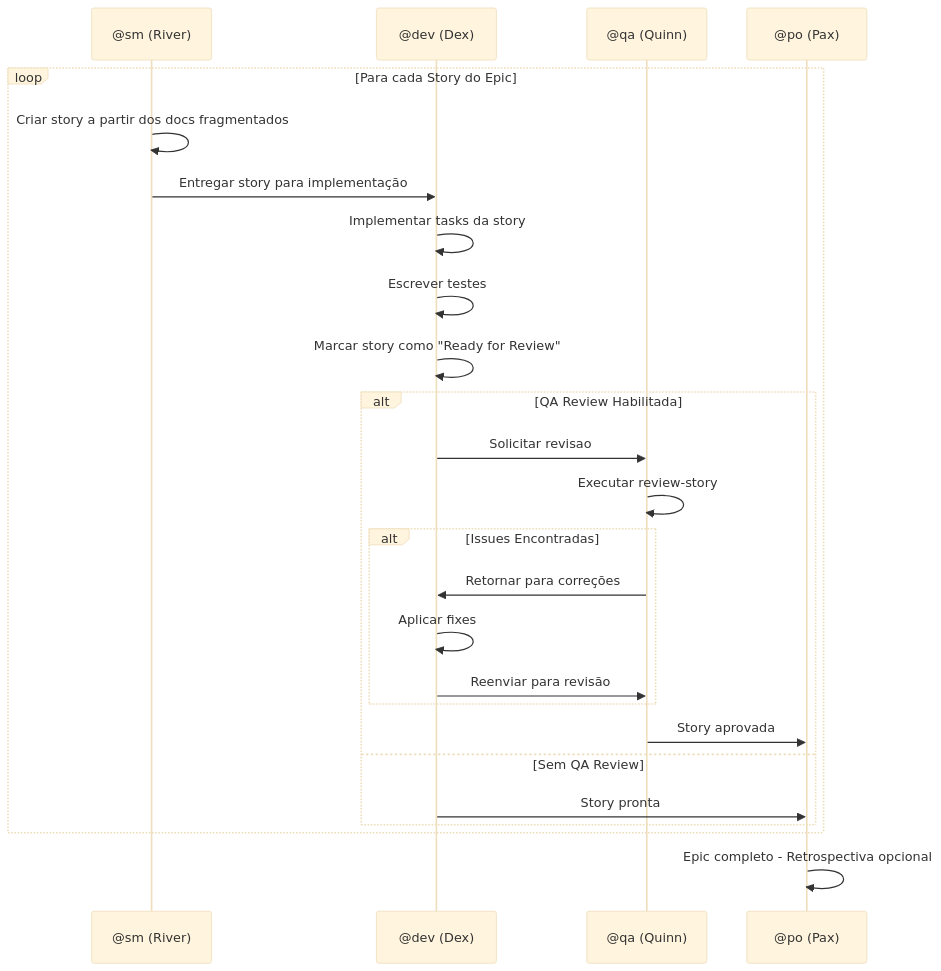
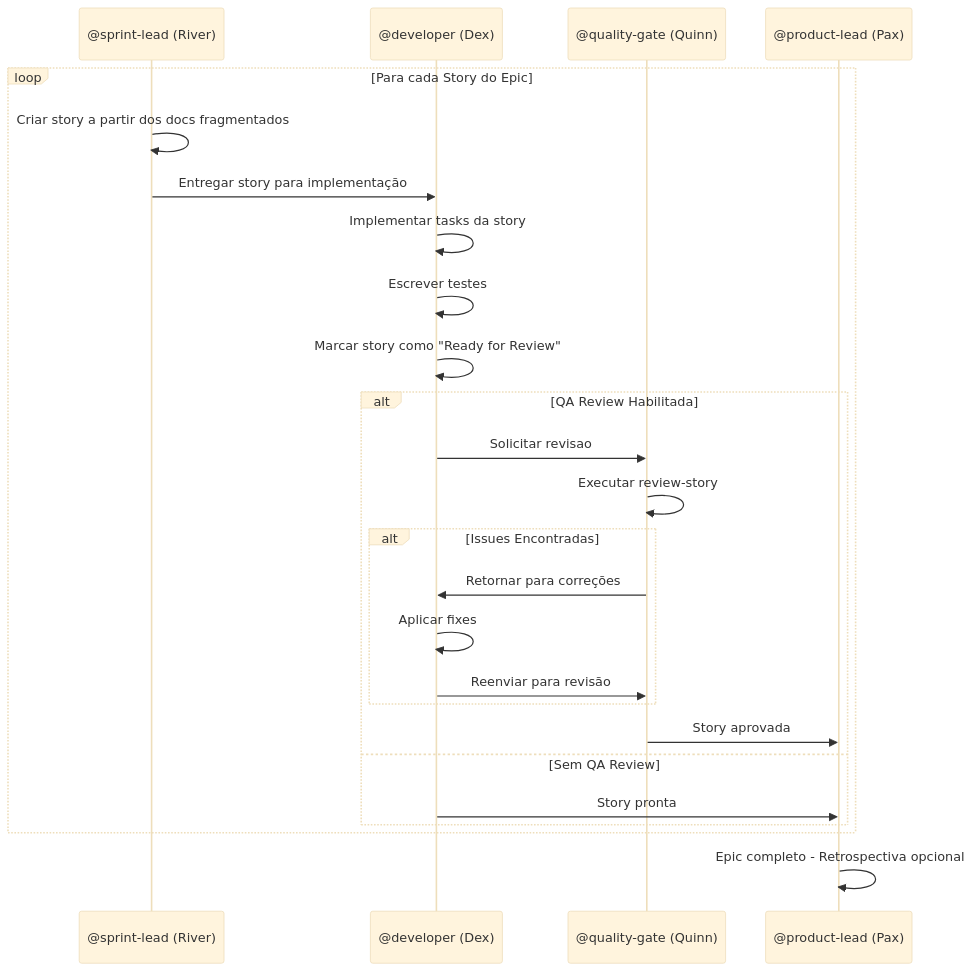
Before and after one commit to caioimori/sinapse-ai: the second of 7 diagrams in docs/sinapse-workflows/brownfield-ui-workflow.md, drawn with Mermaid (base theme). The commit also changed other lines of this file and 873 other files, not shown here.

````diff
--- a/docs/sinapse-workflows/brownfield-ui-workflow.md
+++ b/docs/sinapse-workflows/brownfield-ui-workflow.md
@@ -112,32 +112,32 @@
 ```mermaid
 sequenceDiagram
-    participant SM as @sm (River)
-    participant DEV as @dev (Dex)
-    participant QA as @qa (Quinn)
-    participant PO as @po (Pax)
+    participant SM as @sprint-lead (River)
+    participant DEV as @developer (Dex)
+    participant QA as @quality-gate (Quinn)
+    participant PO as @product-lead (Pax)
 
     loop Para cada Story do Epic
         SM->>SM: Criar story a partir dos docs fragmentados
         SM->>DEV: Entregar story para implementação
         DEV->>DEV: Implementar tasks da story
         DEV->>DEV: Escrever testes
         DEV->>DEV: Marcar story como "Ready for Review"
 
         alt QA Review Habilitada
             DEV->>QA: Solicitar revisao
             QA->>QA: Executar review-story
 
             alt Issues Encontradas
                 QA->>DEV: Retornar para correções
                 DEV->>DEV: Aplicar fixes
                 DEV->>QA: Reenviar para revisão
             end
 
             QA->>PO: Story aprovada
         else Sem QA Review
             DEV->>PO: Story pronta
         end
     end
 
     PO->>PO: Epic completo - Retrospectiva opcional
 ```
````
